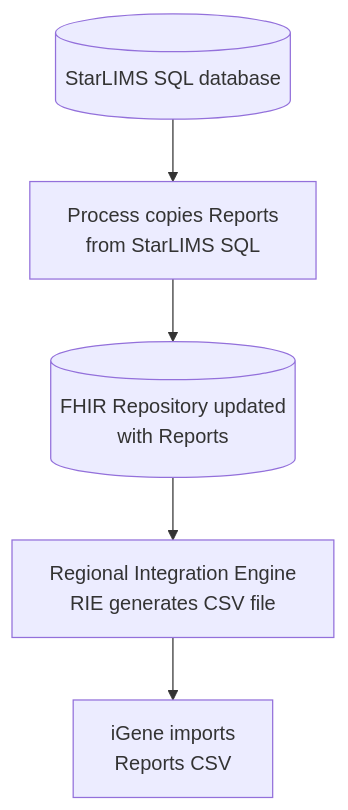
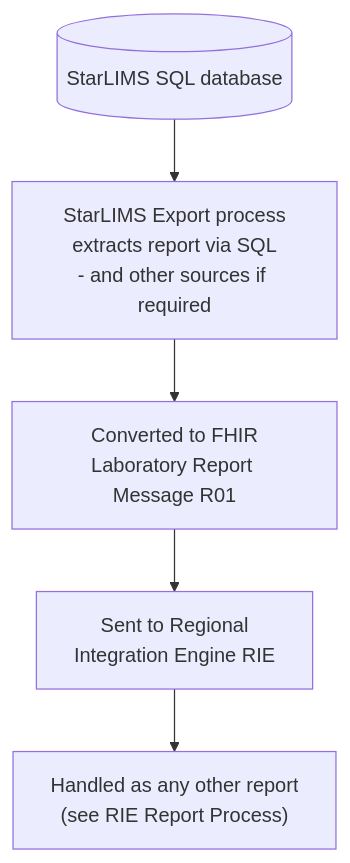
One commit to nw-gmsa/nw-gmsa.github.com changed the fifth of 5 diagrams in input/pagecontent/starLIMS.md. Above: the diagram before and after it, drawn with Mermaid. The commit also changed other lines of this file and 10 other files, not shown here.

````diff
--- a/input/pagecontent/starLIMS.md
+++ b/input/pagecontent/starLIMS.md
@@ -179,7 +185,7 @@
 ```mermaid
 flowchart TD
-    A[(StarLIMS SQL database)] --> B[Process copies Reports<br/>from StarLIMS SQL]
-    B --> C[(FHIR Repository updated<br/>with Reports)]
-    C --> D[Regional Integration Engine<br/>RIE generates CSV file]
-    D --> E[iGene imports<br/>Reports CSV]
+    A[(StarLIMS SQL database)] --> B[StarLIMS Export process<br/>extracts report via SQL<br/>- and other sources if required]
+    B --> C[Converted to FHIR<br/>Laboratory Report Message R01]
+    C --> D[Sent to Regional<br/>Integration Engine RIE]
+    D --> E["Handled as any other report<br/>(see RIE Report Process)"]
 ```
````
